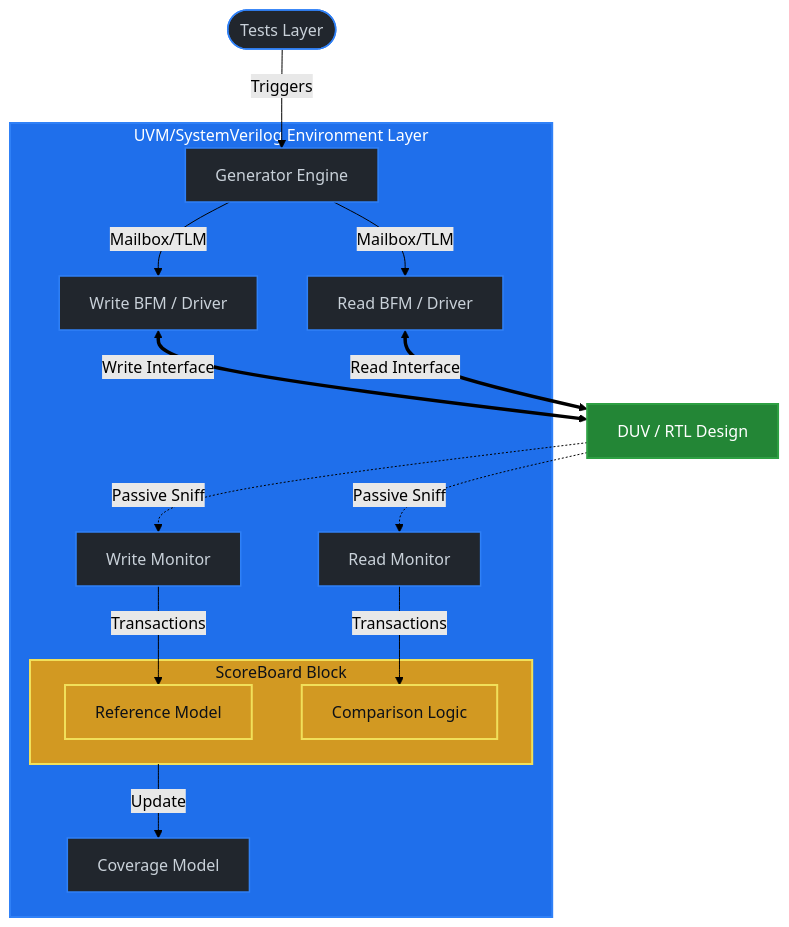
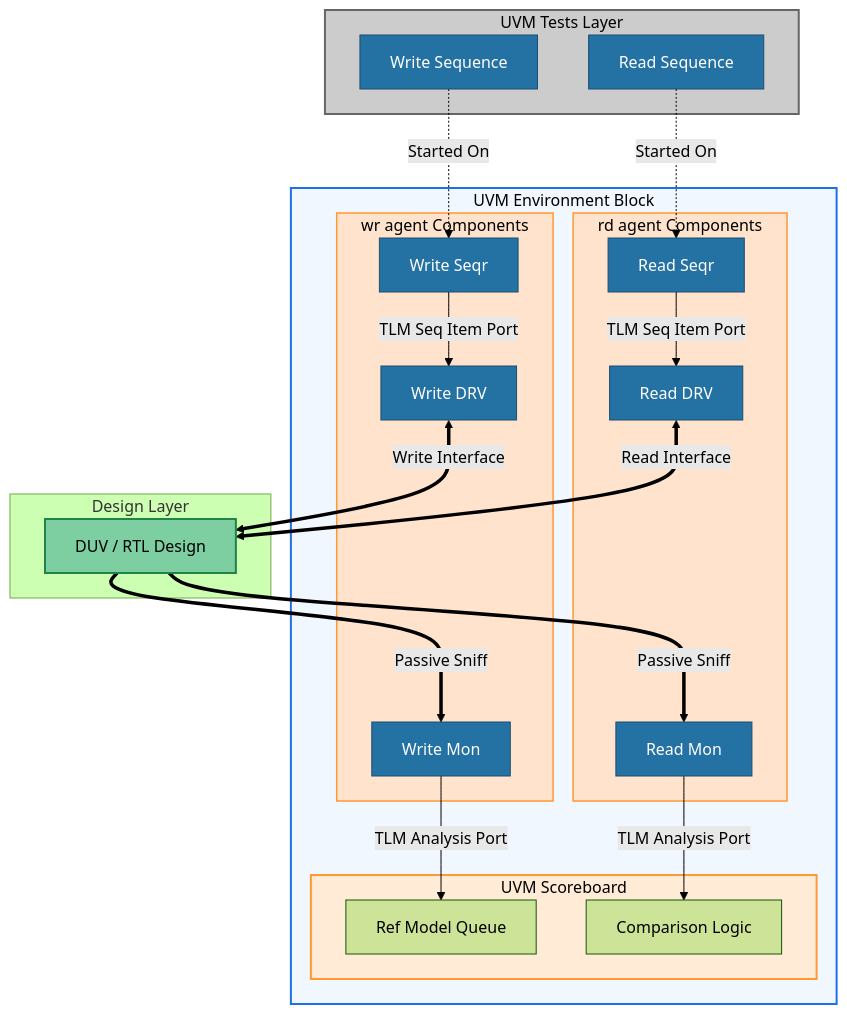
One commit to maheshlonari10/Multi_Channel_DMA_UVM_Verification changed the diagram in README.md. Above: the diagram before and after it, drawn with Mermaid (forest theme).

````diff
--- a/README.md
+++ b/README.md
@@ -15,45 +15,65 @@
 ```mermaid
 graph TD
-    %% Test Component
-    Tests([Tests Layer]) -->|Triggers| Generator
-
-    subgraph Environment [UVM/SystemVerilog Environment Layer]
-        %% Stimulus Generation & Distribution via Mailboxes/TLM
-        Generator[Generator Engine]
-        Generator -->|Mailbox/TLM| Write_BFM[Write BFM / Driver]
-        Generator -->|Mailbox/TLM| Read_BFM[Read BFM / Driver]
-
-        %% Analysis and Tracking
-        Coverage[Coverage Model]
-        
-        subgraph ScoreBoard [ScoreBoard Block]
-            RefModel[Reference Model]
-            CompLogic[Comparison Logic]
-        end
-        
-        ScoreBoard -->|Update| Coverage
-
-        %% Monitors
-        Write_Monitor[Write Monitor] -->|Transactions| RefModel
-        Read_Monitor[Read Monitor] -->|Transactions| CompLogic
+    %% Test & Sequence Layer
+    subgraph Tests [UVM Tests Layer]
+        Write_Seq[Write Sequence]
+        Read_Seq[Read Sequence]
     end
 
-    %% Physical Interface Connections to DUV
-    Write_BFM <==>|Write Interface| DUV[DUV / RTL Design]
-    Read_BFM <==>|Read Interface| DUV
-    
-    %% Passive Monitoring Paths
-    DUV -.->|Passive Sniff| Write_Monitor
-    DUV -.->|Passive Sniff| Read_Monitor
+    %% Environment Layer
+    subgraph Environment [UVM Environment Block]
+        
+        %% Scoreboard block
+        subgraph Scoreboard [UVM Scoreboard]
+            Ref_Model[Ref Model Queue]
+            Comparison[Comparison Logic]
+        end
 
-    %% Style Formatting for Clean Look
-    classDef layer fill:#1f6feb,stroke:#3081f7,stroke-width:2px,color:#fff;
-    classDef component fill:#21262d,stroke:#3081f7,stroke-width:1.5px,color:#c9d1d9;
-    classDef sb fill:#d29922,stroke:#f1e05a,stroke-width:2px,color:#0d1117;
-    classDef duv fill:#238636,stroke:#2ea043,stroke-width:2px,color:#fff;
-    
-    class Environment layer;
-    class Tests,Generator,Write_BFM,Read_BFM,Write_Monitor,Read_Monitor,Coverage component;
-    class ScoreBoard,RefModel,CompLogic sb;
-    class DUV duv;
+        %% Write Agent
+        subgraph wr_agent [wr agent Components]
+            Write_Seqr[Write Seqr] -->|TLM Seq Item Port| Write_DRV[Write DRV]
+            Write_Mon[Write Mon]
+        end
+
+        %% Read Agent
+        subgraph rd_agent [rd agent Components]
+            Read_Seqr[Read Seqr] -->|TLM Seq Item Port| Read_DRV[Read DRV]
+            Read_Mon[Read Mon]
+        end
+
+    end
+
+    %% Design Under Verification
+    subgraph DUV_Block [Design Layer]
+        DUV[DUV / RTL Design]
+    end
+
+    %% Sequence execution paths
+    Write_Seq -.->|Started On| Write_Seqr
+    Read_Seq -.->|Started On| Read_Seqr
+
+    %% Physical Interface Pins
+    Write_DRV <==>|Write Interface| DUV
+    Read_DRV <==>|Read Interface| DUV
+    DUV ===>|Passive Sniff| Write_Mon
+    DUV ===>|Passive Sniff| Read_Mon
+
+    %% Analysis Port connections to Scoreboard
+    Write_Mon -->|TLM Analysis Port| Ref_Model
+    Read_Mon -->|TLM Analysis Port| Comparison
+
+    %% Visual Styling to match Maven Silicon Slides
+    classDef test_layer fill:#cccccc,stroke:#666666,stroke-width:2px,color:#000;
+    classDef env_layer fill:#f0f7ff,stroke:#1f6feb,stroke-width:2px,color:#000;
+    classDef agent_block fill:#ffe3cc,stroke:#ff9933,stroke-width:1.5px,color:#000;
+    classDef sb_block fill:#ffebd6,stroke:#ff9933,stroke-width:2px,color:#000;
+    classDef component fill:#2471a3,stroke:#1b4f72,stroke-width:1px,color:#fff;
+    classDef duv_style fill:#7dcea0,stroke:#1e8449,stroke-width:2px,color:#000;
+
+    class Tests test_layer;
+    class Environment env_layer;
+    class wr_agent,rd_agent agent_block;
+    class Scoreboard sb_block;
+    class Write_Seq,Read_Seq,Write_Seqr,Write_DRV,Write_Mon,Read_Seqr,Read_DRV,Read_Mon component;
+    class DUV duv_style;
 ```
````
